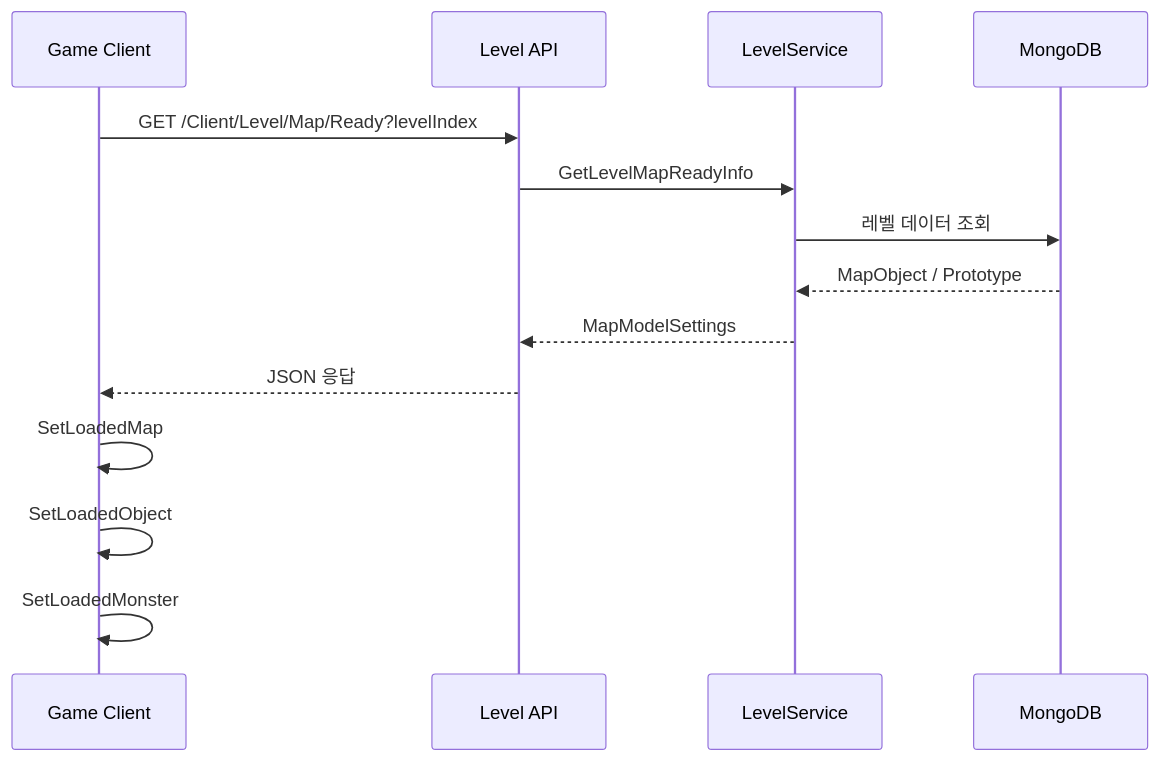
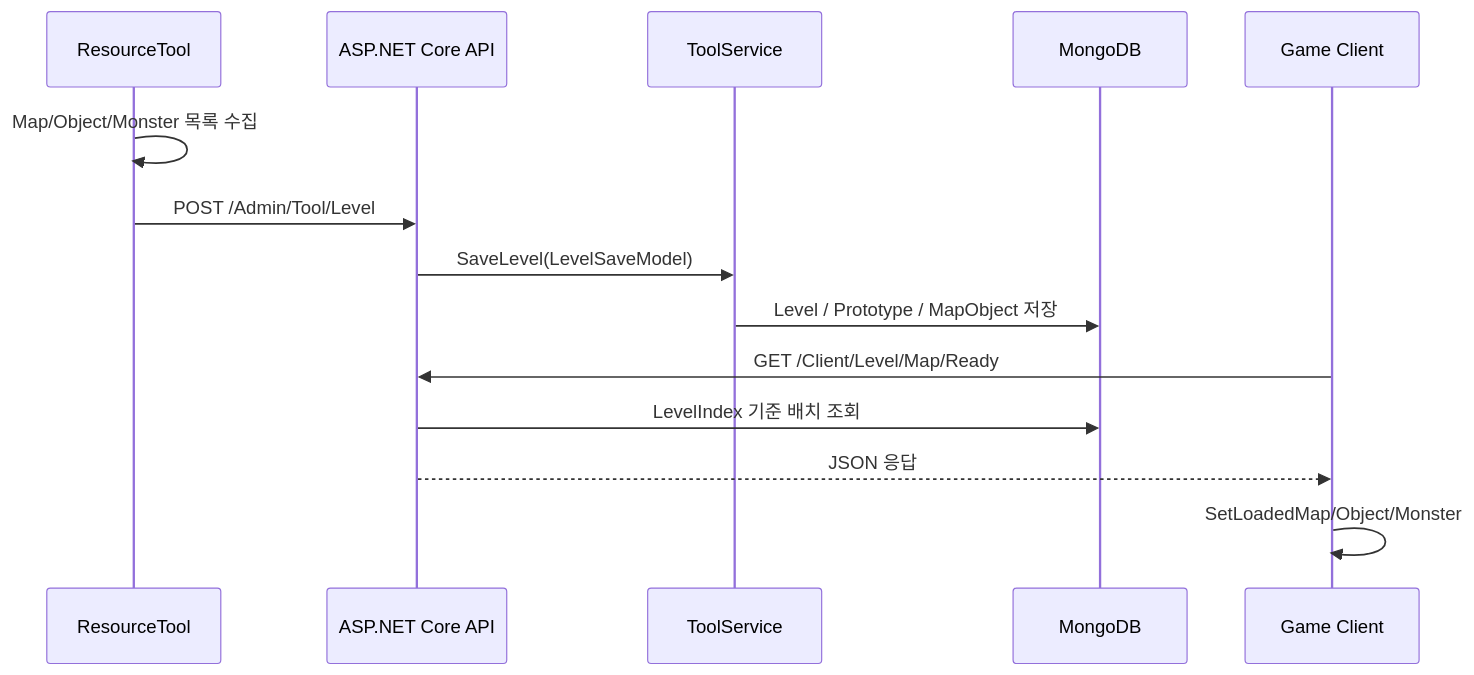
One commit to Jaehyeok-Soh/Jaehyeok-Soh.github.io changed the diagram in _posts/2026-06-24-elden-ring-level-pipeline.md. Above: the diagram before and after it, drawn with Mermaid. The commit also changed other lines of this file and 13 other files, not shown here.

````diff
--- a/_posts/2026-06-24-elden-ring-level-pipeline.md
+++ b/_posts/2026-06-24-elden-ring-level-pipeline.md
@@ -176,17 +56,18 @@
 ```mermaid
 sequenceDiagram
+    participant Tool as ResourceTool
+    participant API as ASP.NET Core API
+    participant Service as ToolService
+    participant DB as MongoDB
     participant Client as Game Client
-    participant API as Level API
-    participant Service as LevelService
-    participant DB as MongoDB
 
-    Client->>API: GET /Client/Level/Map/Ready?levelIndex
-    API->>Service: GetLevelMapReadyInfo
-    Service->>DB: 레벨 데이터 조회
-    DB-->>Service: MapObject / Prototype
-    Service-->>API: MapModelSettings
+    Tool->>Tool: Map/Object/Monster 목록 수집
+    Tool->>API: POST /Admin/Tool/Level
+    API->>Service: SaveLevel(LevelSaveModel)
+    Service->>DB: Level / Prototype / MapObject 저장
+
+    Client->>API: GET /Client/Level/Map/Ready
+    API->>DB: LevelIndex 기준 배치 조회
     API-->>Client: JSON 응답
-    Client->>Client: SetLoadedMap
-    Client->>Client: SetLoadedObject
-    Client->>Client: SetLoadedMonster
+    Client->>Client: SetLoadedMap/Object/Monster
 ```
````
